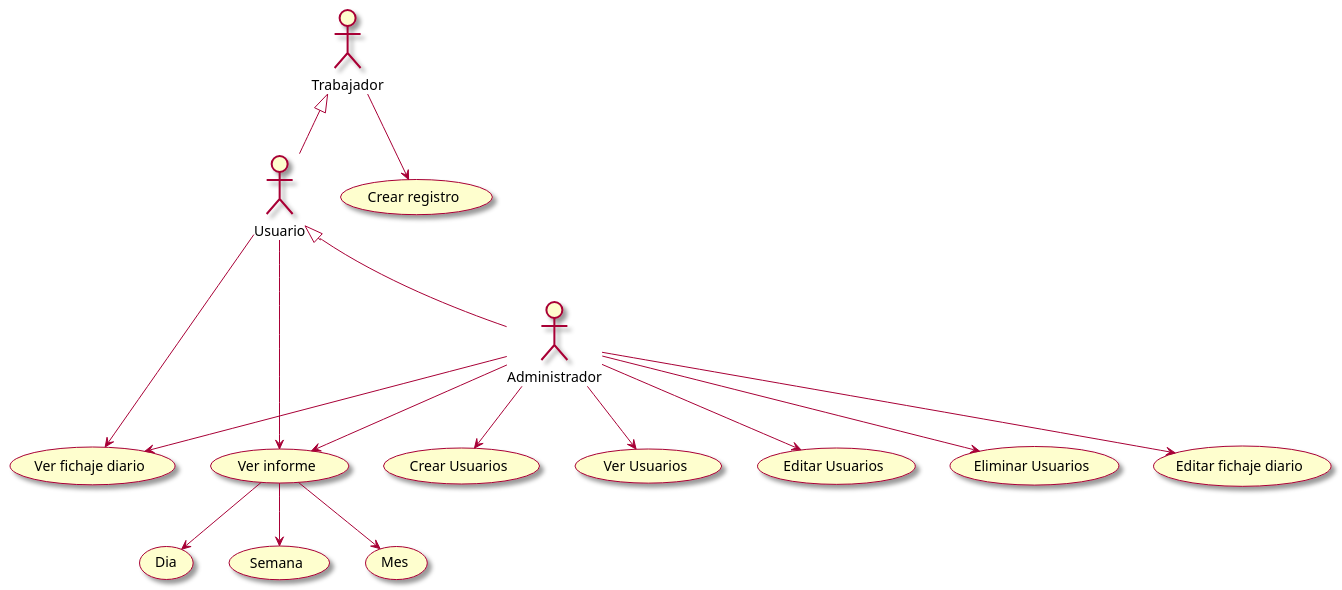
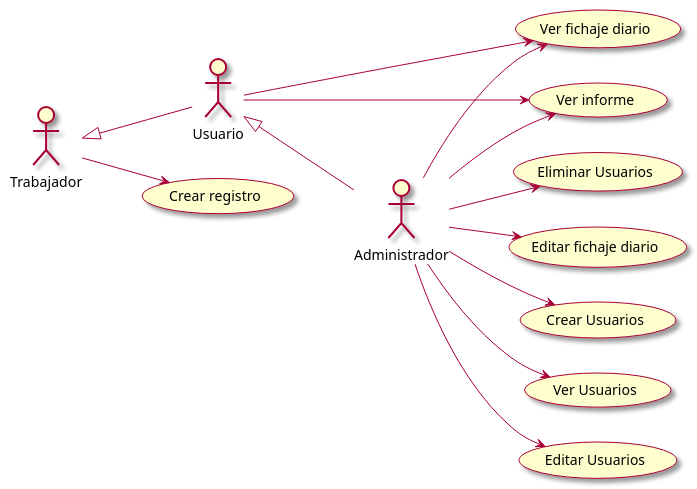
The diagram in modelosUML/casosDeUso/casosDeUso.puml (mmasias/23-24-IdSw1-SDR), drawn with PlantUML before and after one commit.

Commit message:
Update casosDeUso.puml
Se arreglaron los tipos de informe

```diff
--- a/modelosUML/casosDeUso/casosDeUso.puml
+++ b/modelosUML/casosDeUso/casosDeUso.puml
@@ -1,27 +1,24 @@
 @startuml
 
 skin rose
+left to right direction
 
 Usuario -up-|> Trabajador
 Administrador -up-|> Usuario
 
 Trabajador --> (Crear registro)
 
 Usuario --> (Ver fichaje diario)
 Usuario --> (Ver informe)
 
 Administrador --> (Ver fichaje diario)
 Administrador --> (Editar fichaje diario)
 
 Administrador --> (Ver informe)
 
 Administrador --> (Crear Usuarios)
 Administrador --> (Ver Usuarios)
 Administrador --> (Editar Usuarios)
 Administrador --> (Eliminar Usuarios)
 
-(Ver informe) --> (Dia)
-(Ver informe) --> (Semana)
-(Ver informe) --> (Mes)
-
 @enduml
```
